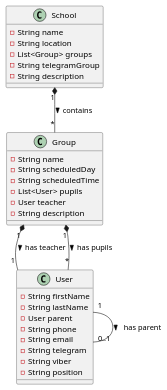
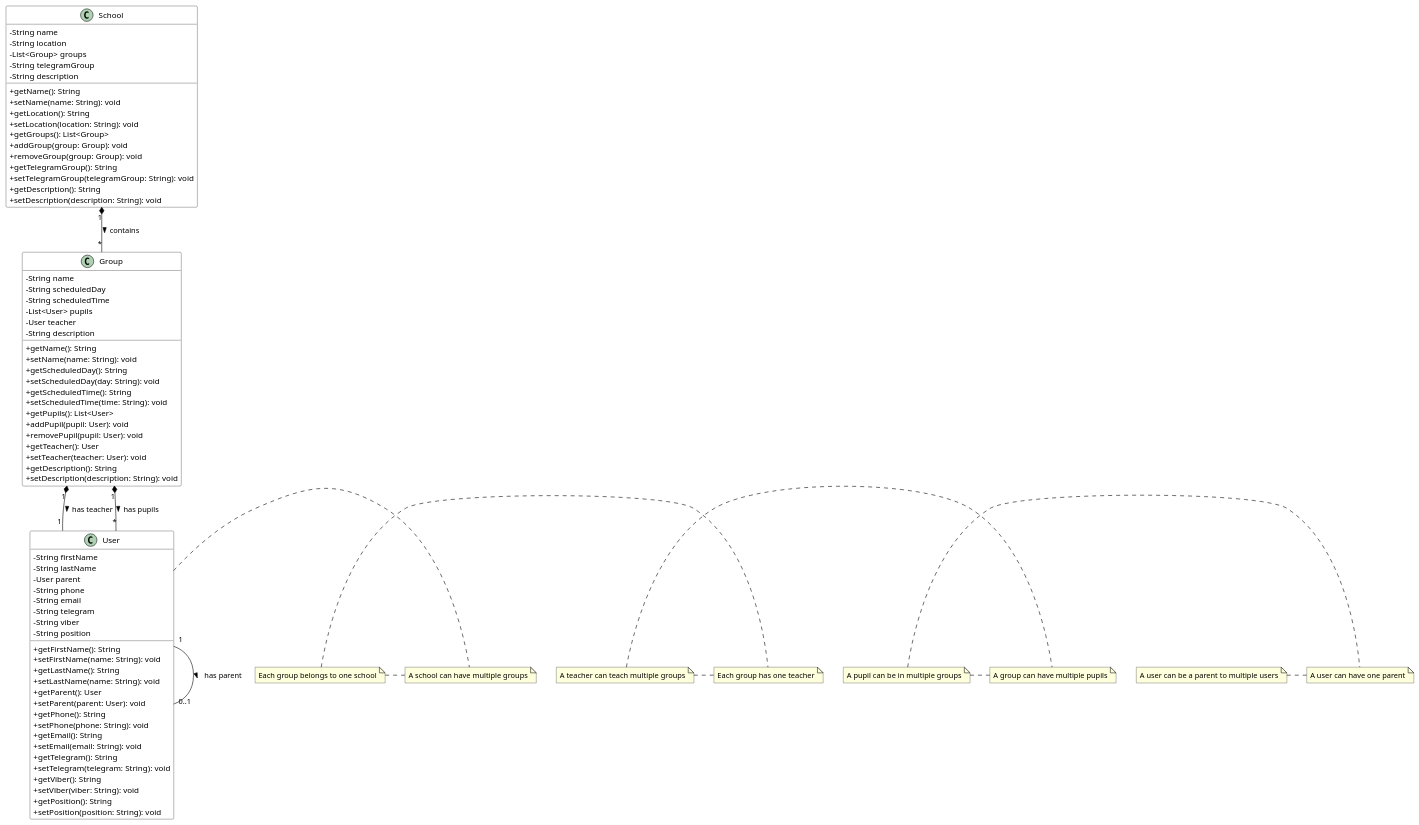
The diagram in school.puml (nick-barban/roboroxtestbot), drawn with PlantUML before and after one commit. The commit also changed 1 other file, not shown here.

Commit message:
RRTB-10: Improve UML diagram with access methods and documentation

```diff
--- a/school.puml
+++ b/school.puml
@@ -1,36 +1,97 @@
 @startuml School Structure
 
+' Style settings
+skinparam classAttributeIconSize 0
+skinparam class {
+    BackgroundColor White
+    ArrowColor Black
+    BorderColor Black
+}
+
+' Class definitions with documentation
 class School {
     - String name
     - String location
     - List<Group> groups
     - String telegramGroup
     - String description
+    + getName(): String
+    + setName(name: String): void
+    + getLocation(): String
+    + setLocation(location: String): void
+    + getGroups(): List<Group>
+    + addGroup(group: Group): void
+    + removeGroup(group: Group): void
+    + getTelegramGroup(): String
+    + setTelegramGroup(telegramGroup: String): void
+    + getDescription(): String
+    + setDescription(description: String): void
 }
 
 class Group {
     - String name
     - String scheduledDay
     - String scheduledTime
     - List<User> pupils
     - User teacher
     - String description
+    + getName(): String
+    + setName(name: String): void
+    + getScheduledDay(): String
+    + setScheduledDay(day: String): void
+    + getScheduledTime(): String
+    + setScheduledTime(time: String): void
+    + getPupils(): List<User>
+    + addPupil(pupil: User): void
+    + removePupil(pupil: User): void
+    + getTeacher(): User
+    + setTeacher(teacher: User): void
+    + getDescription(): String
+    + setDescription(description: String): void
 }
 
 class User {
     - String firstName
     - String lastName
     - User parent
     - String phone
     - String email
     - String telegram
     - String viber
     - String position
+    + getFirstName(): String
+    + setFirstName(name: String): void
+    + getLastName(): String
+    + setLastName(name: String): void
+    + getParent(): User
+    + setParent(parent: User): void
+    + getPhone(): String
+    + setPhone(phone: String): void
+    + getEmail(): String
+    + setEmail(email: String): void
+    + getTelegram(): String
+    + setTelegram(telegram: String): void
+    + getViber(): String
+    + setViber(viber: String): void
+    + getPosition(): String
+    + setPosition(position: String): void
 }
 
+' Relationships with documentation
 School "1" *-- "*" Group : contains >
+note right: A school can have multiple groups
+note left: Each group belongs to one school
+
 Group "1" *-- "1" User : has teacher >
+note right: Each group has one teacher
+note left: A teacher can teach multiple groups
+
 Group "1" *-- "*" User : has pupils >
+note right: A group can have multiple pupils
+note left: A pupil can be in multiple groups
+
 User "1" -- "0..1" User : has parent >
+note right: A user can have one parent
+note left: A user can be a parent to multiple users
 
 @enduml 
```
